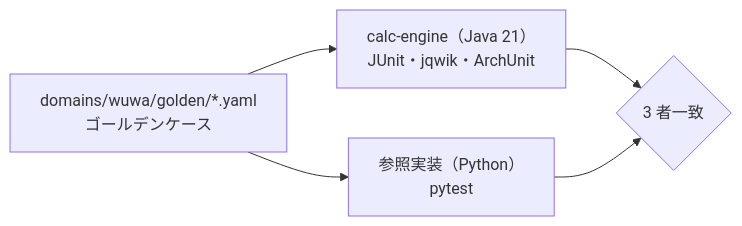
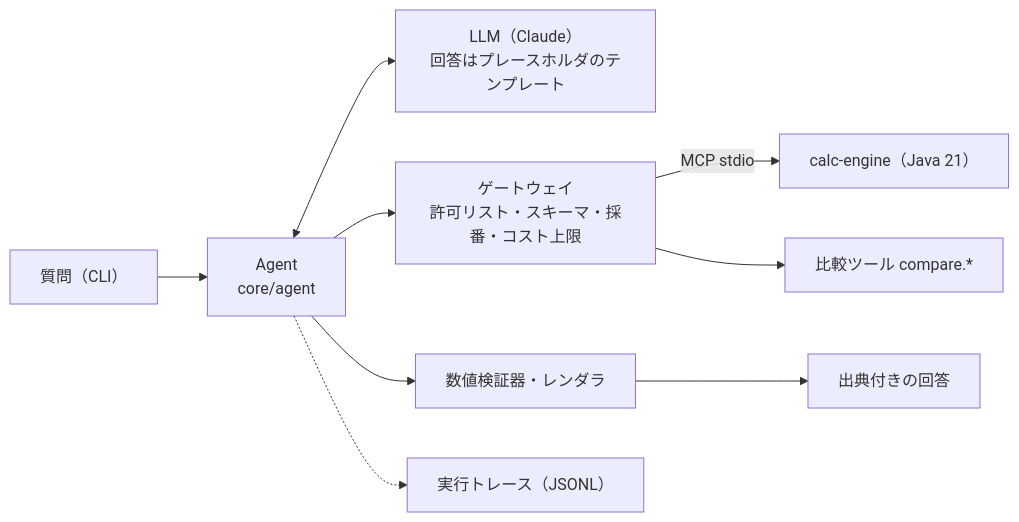
One commit to hexinlong9981/echolab changed the diagram in README.md. Above: the diagram before and after it, drawn with Mermaid. The commit also changed other lines of this file and 78 other files, not shown here.

````diff
--- a/README.md
+++ b/README.md
@@ -31,7 +37,11 @@
 ```mermaid
 flowchart LR
-  Y["domains/wuwa/golden/*.yaml<br/>ゴールデンケース"] --> J["calc-engine（Java 21）<br/>JUnit・jqwik・ArchUnit"]
-  Y --> P["参照実装（Python）<br/>pytest"]
-  J --> R{"3 者一致"}
-  P --> R
+  Q["質問（CLI）"] --> A["Agent<br/>core/agent"]
+  A <--> L["LLM（Claude）<br/>回答はプレースホルダのテンプレート"]
+  A --> G["ゲートウェイ<br/>許可リスト・スキーマ・採番・コスト上限"]
+  G -->|MCP stdio| J["calc-engine（Java 21）"]
+  G --> K["比較ツール compare.*"]
+  A --> V["数値検証器・レンダラ"]
+  V --> R["出典付きの回答"]
+  A -.-> T["実行トレース（JSONL）"]
 ```
````
